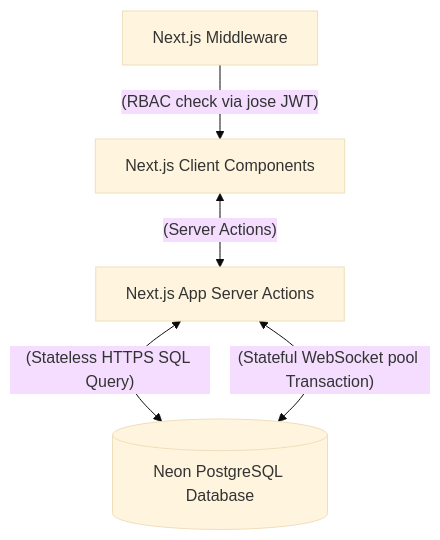
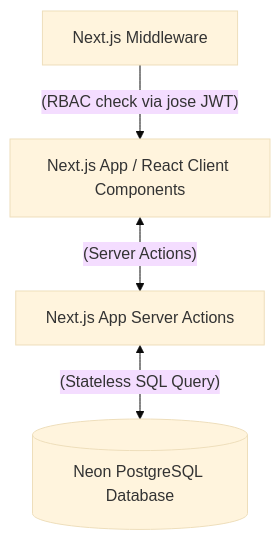
The diagram in README.md (Zan-pakto/AasaMedchem), drawn with Mermaid (base theme) before and after one commit. The commit also changed other lines of this file, not shown here.

````diff
--- a/README.md
+++ b/README.md
@@ -20,7 +20,6 @@
 ```mermaid
 graph TD
-    Client[Next.js Client Components] <-- (Server Actions) --> API[Next.js App Server Actions]
+    Client[Next.js App / React Client Components] <-- (Server Actions) --> API[Next.js App Server Actions]
     Middleware[Next.js Middleware] -- (RBAC check via jose JWT) --> Client
-    API <-- (Stateless HTTPS SQL Query) --> DB[(Neon PostgreSQL Database)]
-    API <-- (Stateful WebSocket pool Transaction) --> DB
+    API <-- (Stateless SQL Query) --> DB[(Neon PostgreSQL Database)]
 ```
````
